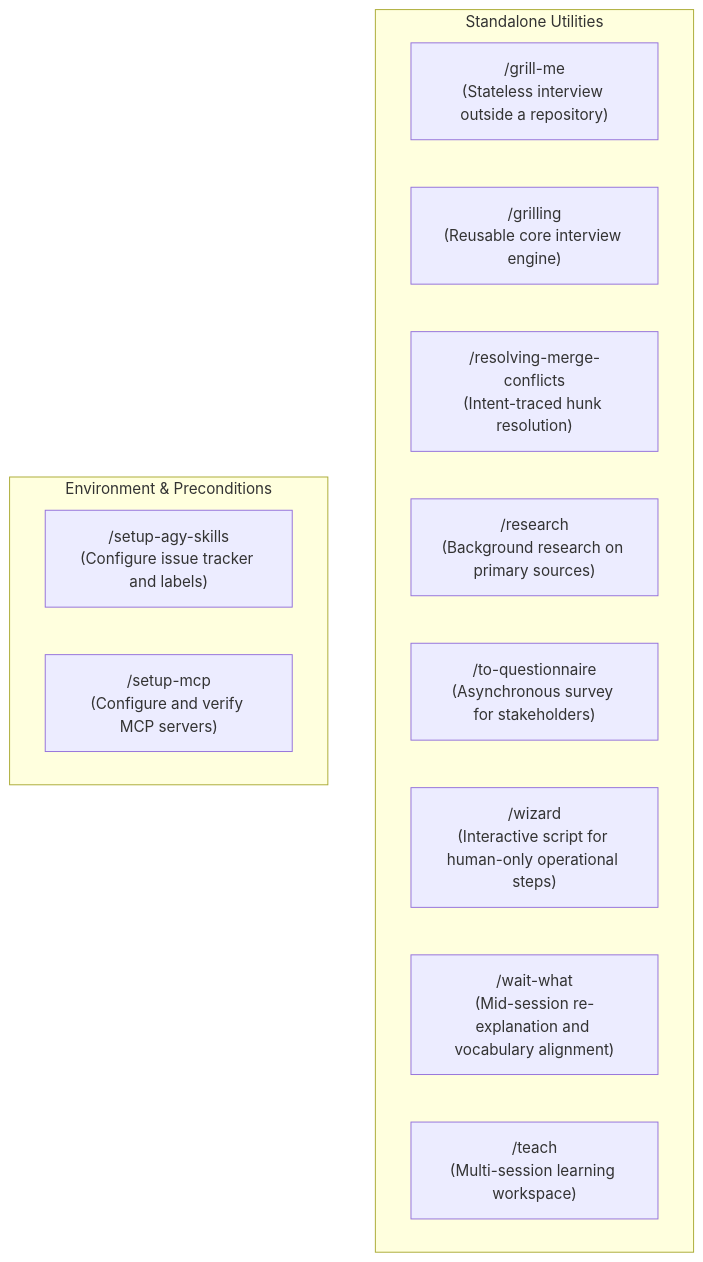
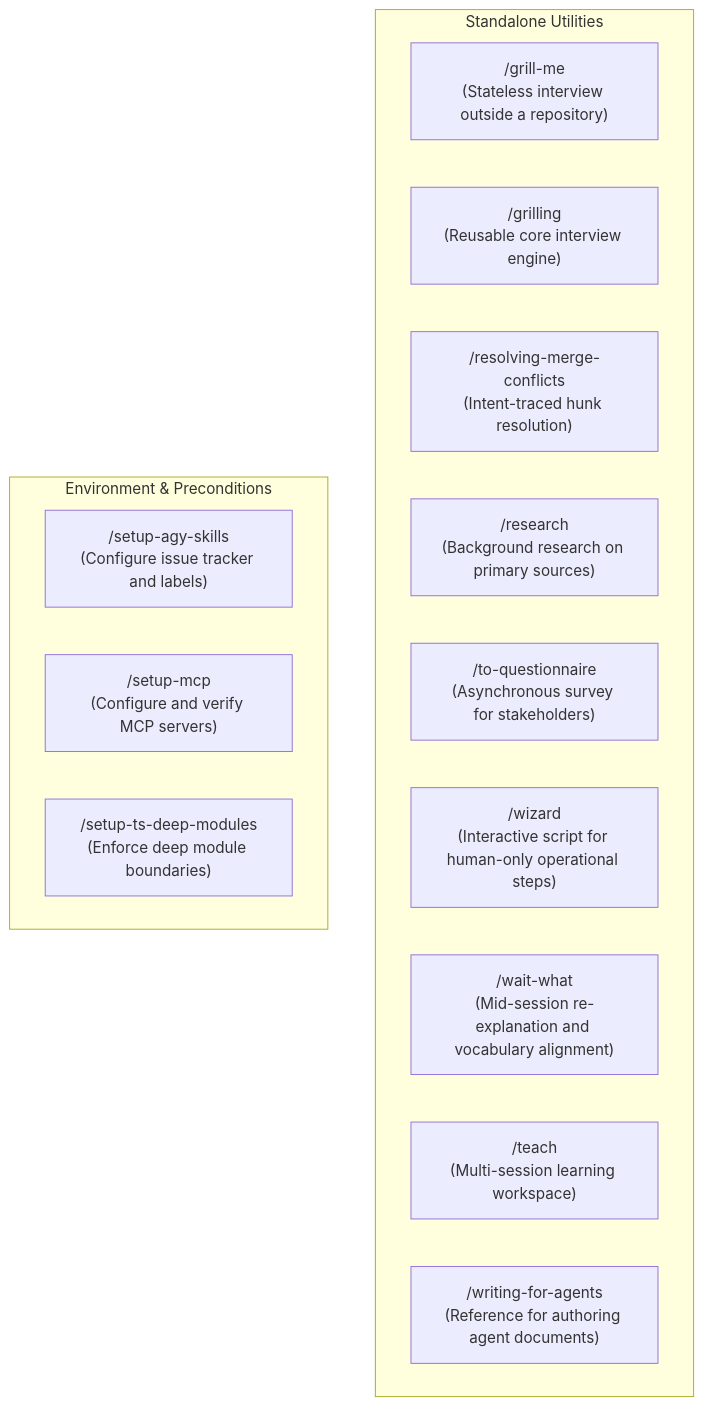
The fifth of 5 diagrams in wiki/Skill-Flow-Diagram.md (fderuiter/agy-skills), drawn with Mermaid before and after one commit. The commit also changed other lines of this file and 13 other files, not shown here.

````diff
--- a/wiki/Skill-Flow-Diagram.md
+++ b/wiki/Skill-Flow-Diagram.md
@@ -132,18 +132,20 @@
 ```mermaid
 flowchart TD
     subgraph StandaloneSkills ["Standalone Utilities"]
         GrillMe["/grill-me\n(Stateless interview outside a repository)"]
         Grilling["/grilling\n(Reusable core interview engine)"]
         Conflicts["/resolving-merge-conflicts\n(Intent-traced hunk resolution)"]
         Research["/research\n(Background research on primary sources)"]
         Questionnaire["/to-questionnaire\n(Asynchronous survey for stakeholders)"]
         Wizard["/wizard\n(Interactive script for human-only operational steps)"]
         WaitWhat["/wait-what\n(Mid-session re-explanation and vocabulary alignment)"]
         Teach["/teach\n(Multi-session learning workspace)"]
+        WritingForAgents["/writing-for-agents\n(Reference for authoring agent documents)"]
     end
 
     subgraph EnvironmentSetup ["Environment & Preconditions"]
         SetupAgy["/setup-agy-skills\n(Configure issue tracker and labels)"]
         SetupMcp["/setup-mcp\n(Configure and verify MCP servers)"]
+        SetupDeep["/setup-ts-deep-modules\n(Enforce deep module boundaries)"]
     end
 ```
````
